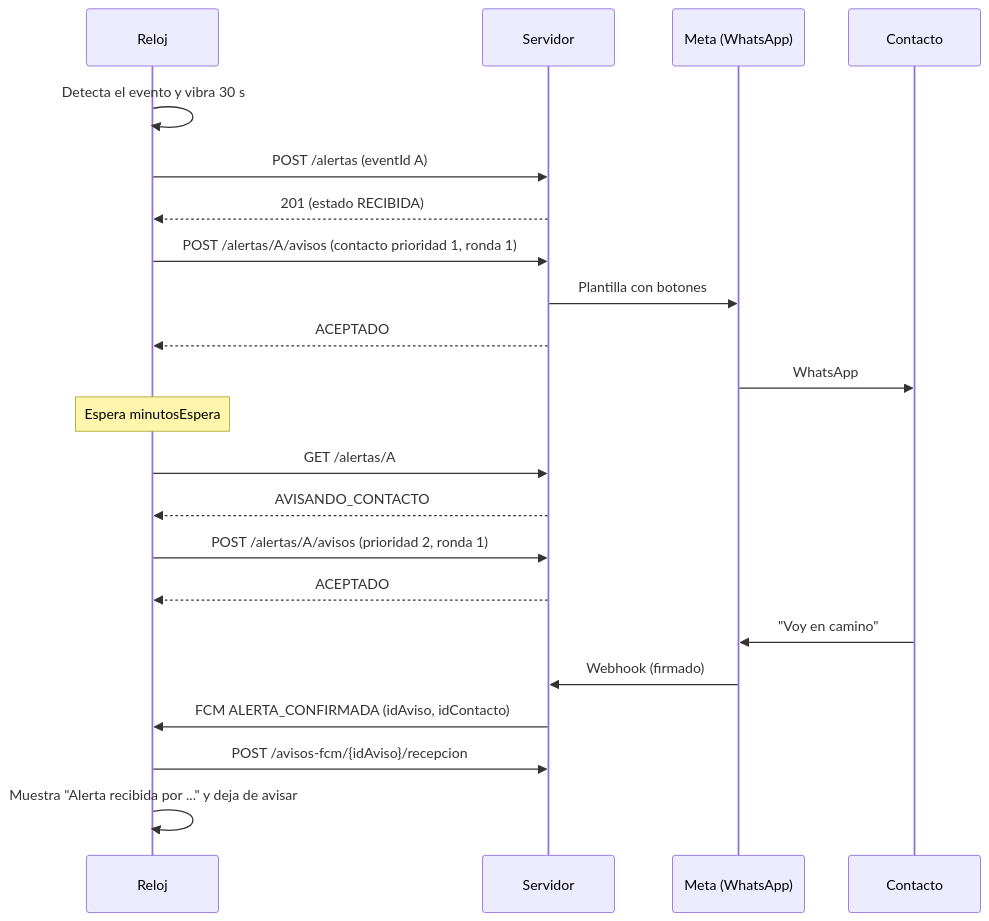
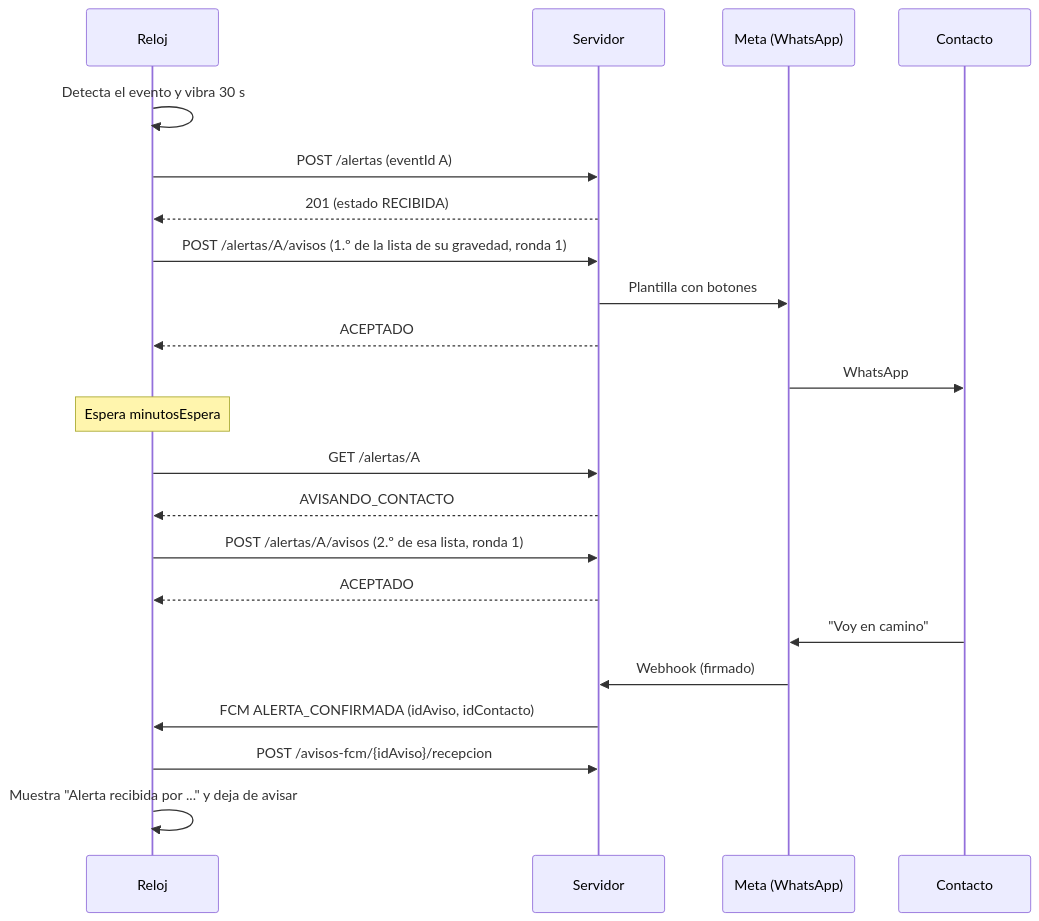
The second of 2 diagrams in docs/api-reloj.md (s0uleery/AlertaCuida), drawn with Mermaid before and after one commit. The commit also changed other lines of this file and 109 other files, not shown here.

````diff
--- a/docs/api-reloj.md
+++ b/docs/api-reloj.md
@@ -57,24 +57,24 @@
 ```mermaid
 sequenceDiagram
     participant R as Reloj
     participant S as Servidor
     participant M as Meta (WhatsApp)
     participant C as Contacto
     R->>R: Detecta el evento y vibra 30 s
     R->>S: POST /alertas (eventId A)
     S-->>R: 201 (estado RECIBIDA)
-    R->>S: POST /alertas/A/avisos (contacto prioridad 1, ronda 1)
+    R->>S: POST /alertas/A/avisos (1.º de la lista de su gravedad, ronda 1)
     S->>M: Plantilla con botones
     S-->>R: ACEPTADO
     M->>C: WhatsApp
     Note over R: Espera minutosEspera
     R->>S: GET /alertas/A
     S-->>R: AVISANDO_CONTACTO
-    R->>S: POST /alertas/A/avisos (prioridad 2, ronda 1)
+    R->>S: POST /alertas/A/avisos (2.º de esa lista, ronda 1)
     S-->>R: ACEPTADO
     C->>M: "Voy en camino"
     M->>S: Webhook (firmado)
     S->>R: FCM ALERTA_CONFIRMADA (idAviso, idContacto)
     R->>S: POST /avisos-fcm/{idAviso}/recepcion
     R->>R: Muestra "Alerta recibida por ..." y deja de avisar
 ```
````
